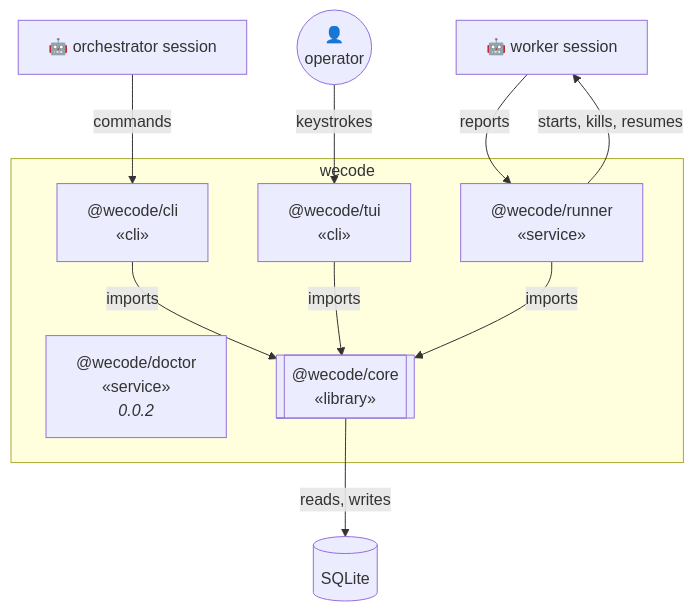
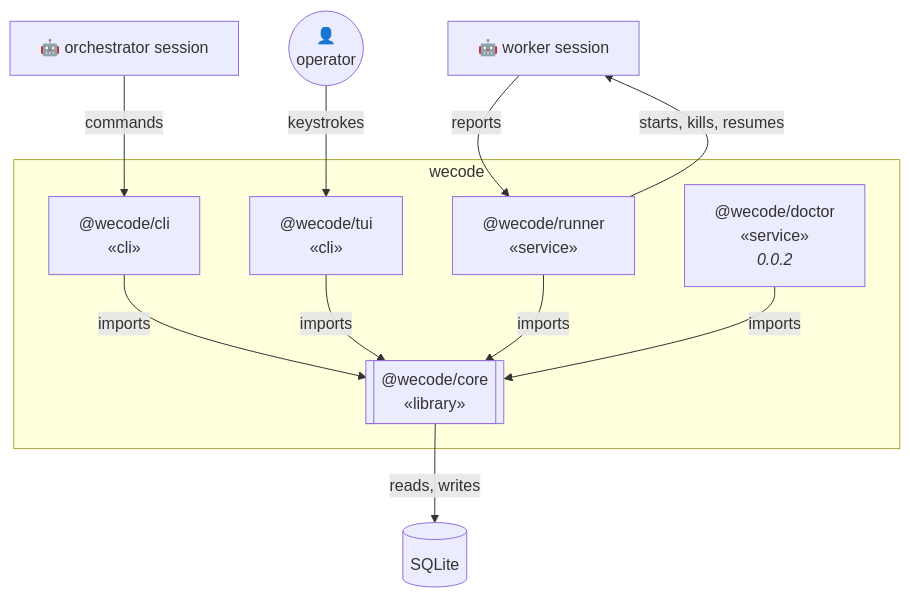
The second of 4 diagrams in docs/design/01. Architecture Diagram L1-L2.md (chandra-wijaya-setiawan/wecode), drawn with Mermaid before and after one commit. The commit also changed other lines of this file, not shown here.

Commit message:
design: @wecode/doctor in L2
A second service for 0.0.2: it checks wecode against itself and heals what it safely can,
proposing the rest as a heal chore that waits on approval.

Separate from the runner because the runner moves work forward and trusts the record while
the doctor distrusts it - and because a doctor that hangs must not stop work from being
dispatched, which is exactly what a slow check did to the runner's tick on 14 Sep.

````diff
--- a/docs/design/01. Architecture Diagram L1-L2.md
+++ b/docs/design/01. Architecture Diagram L1-L2.md
@@ -60,28 +60,28 @@
 ```mermaid
 flowchart TB
     op(("👤<br/>operator"))
     AGO["🤖 orchestrator session"]
     AGW["🤖 worker session"]
 
     subgraph wecode
         CLI["@wecode/cli<br/>«cli»"]
         TUI["@wecode/tui<br/>«cli»"]
         ASG["@wecode/runner<br/>«service»"]
-        DOC["@wecode/doctor<br/>«service»<br/><i>0.0.2</i>"]
         DOC["@wecode/doctor<br/>«service»<br/><i>0.0.2</i>"]
         CORE[["@wecode/core<br/>«library»"]]
     end
 
     STORE[(SQLite)]
 
     AGO -->|commands| CLI
     op -->|keystrokes| TUI
 
     CLI -->|imports| CORE
     TUI -->|imports| CORE
     ASG -->|imports| CORE
+    DOC -->|imports| CORE
     CORE -->|reads, writes| STORE
 
     ASG -->|starts, kills, resumes| AGW
     AGW -->|reports| ASG
 ```
````
